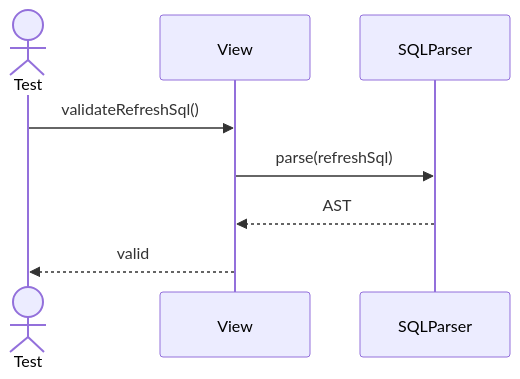
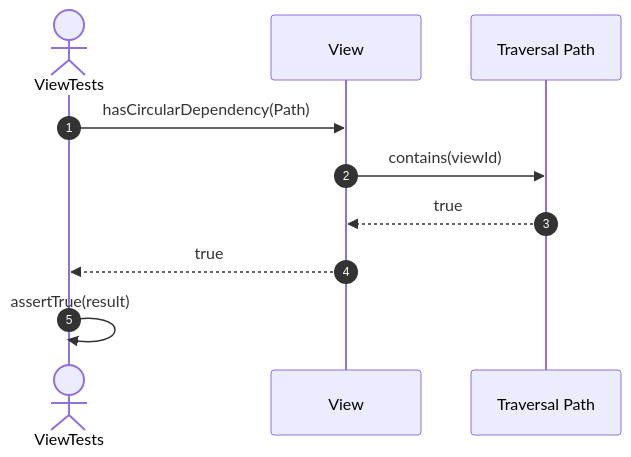
One commit to FhuAnn/-bbv-AN-s-DBMS changed diagram 16 of 21 in src/tests/unit/metadata/sequences/view-testing.se.md. Above: the diagram before and after it, drawn with Mermaid. The commit also changed other lines of this file and 60 other files, not shown here.

````diff
--- a/src/tests/unit/metadata/sequences/view-testing.se.md
+++ b/src/tests/unit/metadata/sequences/view-testing.se.md
@@ -239,11 +275,14 @@
 ```mermaid
 sequenceDiagram
-actor Test
-participant View
-participant SQLParser
+    autonumber
+    actor Test as ViewTests
+    participant View as View
+    participant Path as Traversal Path
 
-Test->>View: validateRefreshSql()
-View->>SQLParser: parse(refreshSql)
-SQLParser-->>View: AST
-View-->>Test: valid
+    Test->>View: hasCircularDependency(Path)
+    View->>Path: contains(viewId)
+    Path-->>View: true
+    View-->>Test: true
+
+    Test->>Test: assertTrue(result)
 ```
````
